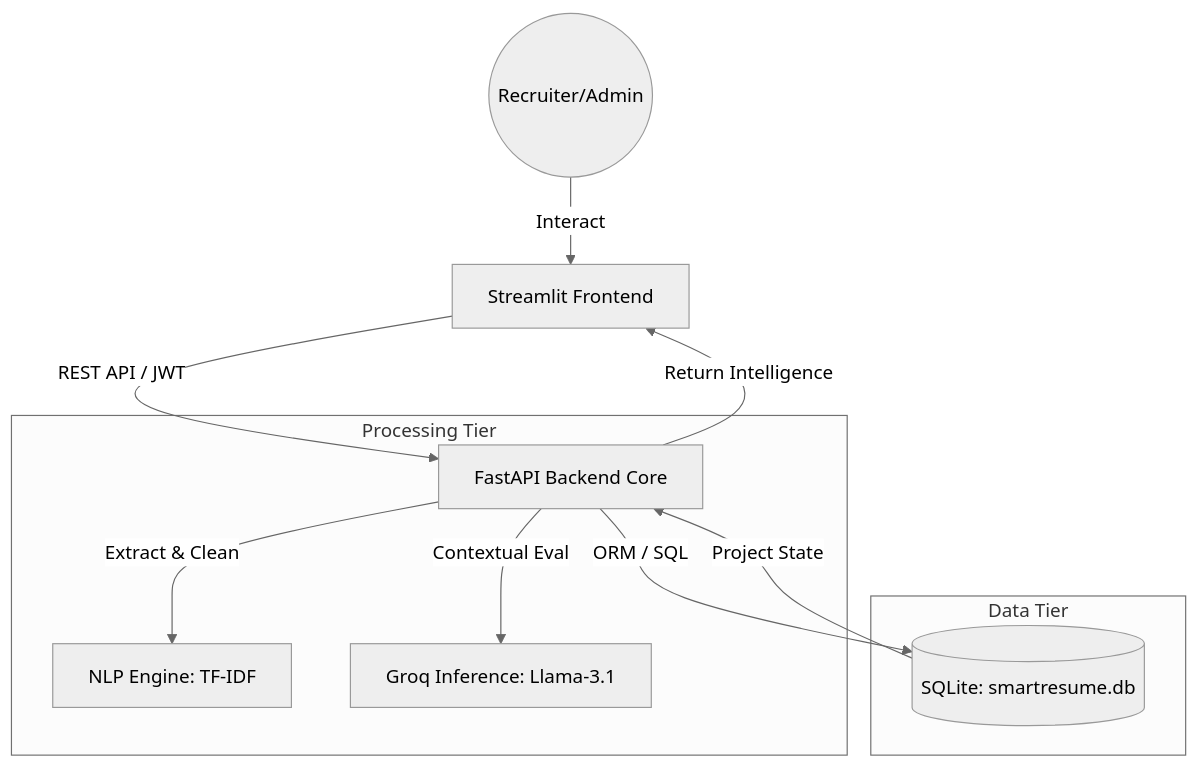
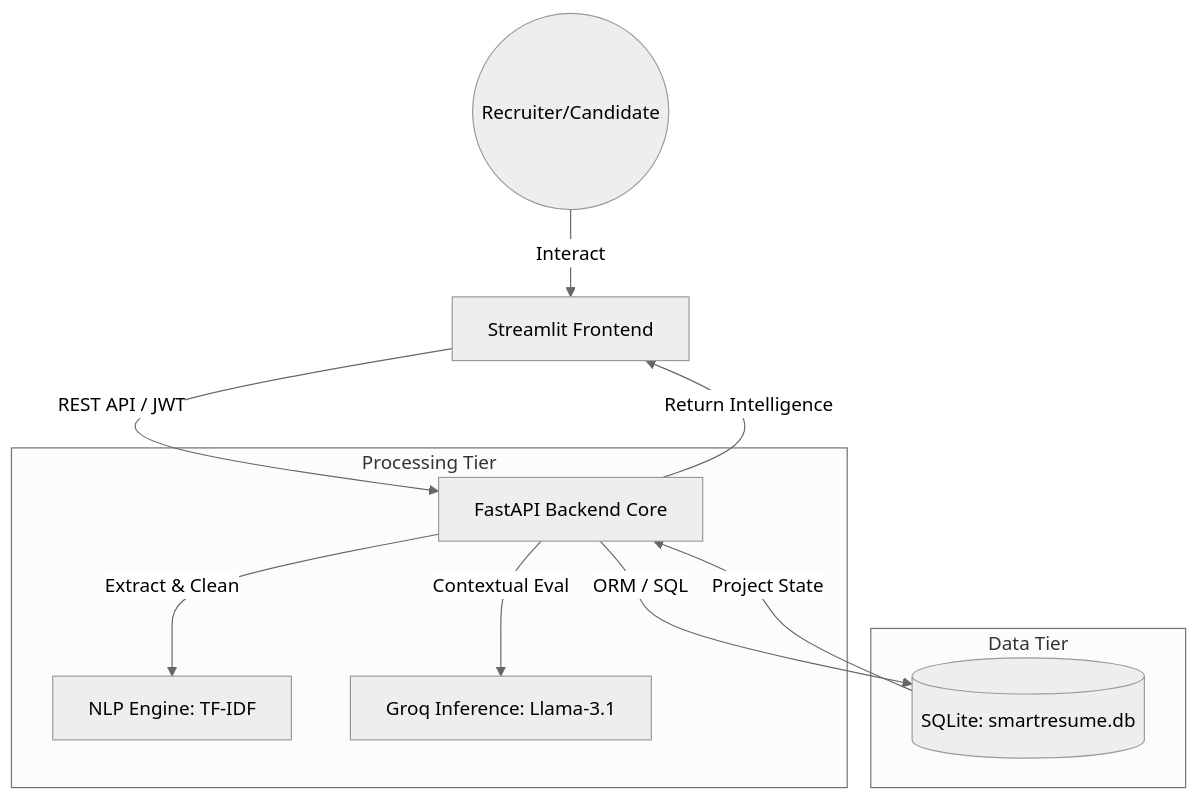
The first of 2 diagrams in SmartResumeMatcher/PROJECT_REPORT.md (pasang1554/AI-Powered-Resume-Screening-Ranking-System), drawn with Mermaid (neutral theme) before and after one commit. The commit also changed other lines of this file and 85 other files, not shown here.

````diff
--- a/SmartResumeMatcher/PROJECT_REPORT.md
+++ b/SmartResumeMatcher/PROJECT_REPORT.md
@@ -111,17 +149,17 @@
 ```mermaid
 graph TD
-    User((Recruiter/Admin)) -->|Interact| UI[Streamlit Frontend]
+    User((Recruiter/Candidate)) -->|Interact| UI[Streamlit Frontend]
     UI -->|REST API / JWT| Backend[FastAPI Backend Core]
     
     subgraph "Processing Tier"
         Backend -->|Extract & Clean| NLP[NLP Engine: TF-IDF]
         Backend -->|Contextual Eval| AI[Groq Inference: Llama-3.1]
     end
     
     subgraph "Data Tier"
         Backend -->|ORM / SQL| DB[(SQLite: smartresume.db)]
         DB -->|Project State| Backend
     end
     
     Backend -->|Return Intelligence| UI
 ```
````
